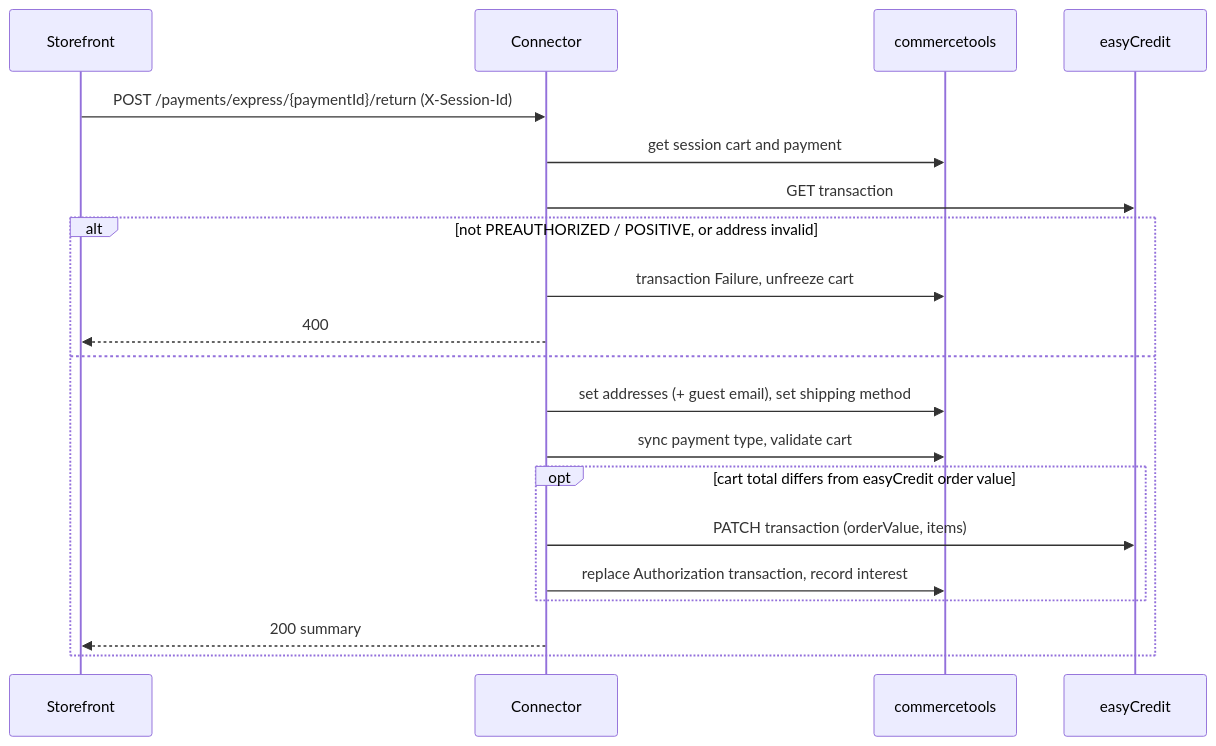
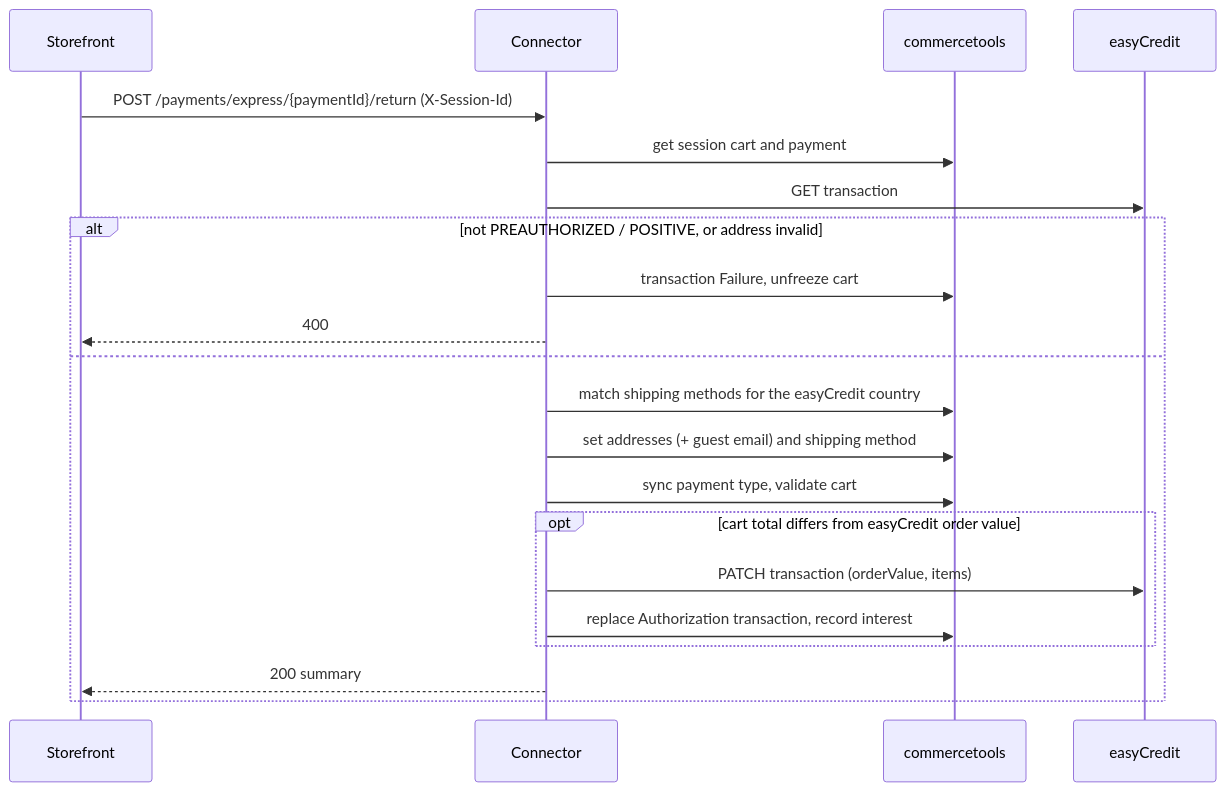
The diagram in docs/ExpressReturn.md (SHOPMACHER/easy-credit-commercetools-connector), drawn with Mermaid before and after one commit. The commit also changed other lines of this file and 11 other files, not shown here.

First line of the commit message:
fix(TEBA-261/R1): keep unanswered PATCHes, pick the shipping method first and clean up the connector's method

````diff
--- a/docs/ExpressReturn.md
+++ b/docs/ExpressReturn.md
@@ -35,23 +35,24 @@
 ```mermaid
 sequenceDiagram
     participant S as Storefront
     participant C as Connector
     participant CT as commercetools
     participant EC as easyCredit
 
     S->>C: POST /payments/express/{paymentId}/return (X-Session-Id)
     C->>CT: get session cart and payment
     C->>EC: GET transaction
     alt not PREAUTHORIZED / POSITIVE, or address invalid
         C->>CT: transaction Failure, unfreeze cart
         C-->>S: 400
     else
-        C->>CT: set addresses (+ guest email), set shipping method
+        C->>CT: match shipping methods for the easyCredit country
+        C->>CT: set addresses (+ guest email) and shipping method
         C->>CT: sync payment type, validate cart
         opt cart total differs from easyCredit order value
             C->>EC: PATCH transaction (orderValue, items)
             C->>CT: replace Authorization transaction, record interest
         end
         C-->>S: 200 summary
     end
 ```
````
